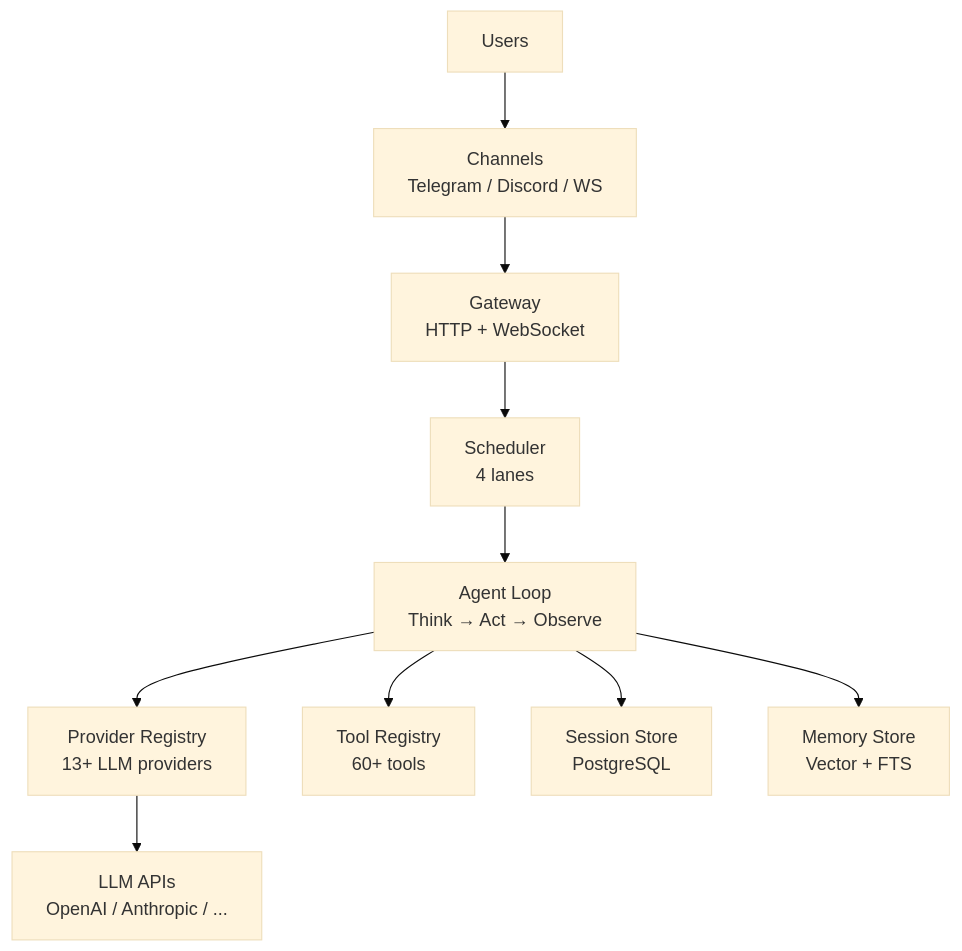
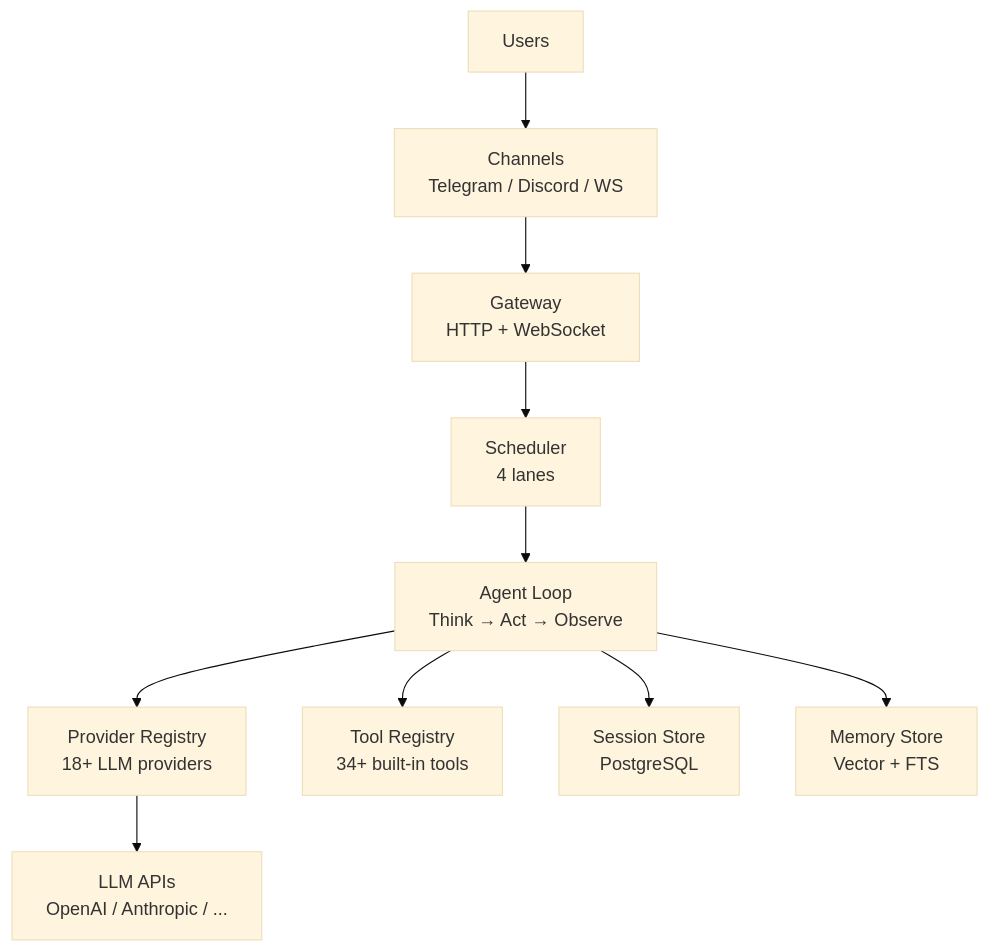
Before and after one commit to nextlevelbuilder/goclaw-docs: the first of 2 diagrams in core-concepts/how-goclaw-works.md, drawn with Mermaid (base theme). The commit also changed other lines of this file and 11 other files, not shown here.

````diff
--- a/core-concepts/how-goclaw-works.md
+++ b/core-concepts/how-goclaw-works.md
@@ -11,12 +11,12 @@
 ```mermaid
 graph TD
     U[Users] --> CH[Channels<br/>Telegram / Discord / WS]
     CH --> GW[Gateway<br/>HTTP + WebSocket]
     GW --> SC[Scheduler<br/>4 lanes]
     SC --> AL[Agent Loop<br/>Think → Act → Observe]
-    AL --> PR[Provider Registry<br/>13+ LLM providers]
-    AL --> TR[Tool Registry<br/>60+ tools]
+    AL --> PR[Provider Registry<br/>18+ LLM providers]
+    AL --> TR[Tool Registry<br/>34+ built-in tools]
     AL --> SS[Session Store<br/>PostgreSQL]
     AL --> MM[Memory Store<br/>Vector + FTS]
     PR --> LLM[LLM APIs<br/>OpenAI / Anthropic / ...]
 ```
````
